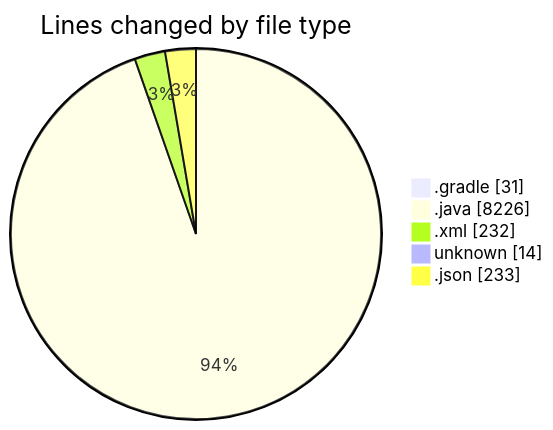
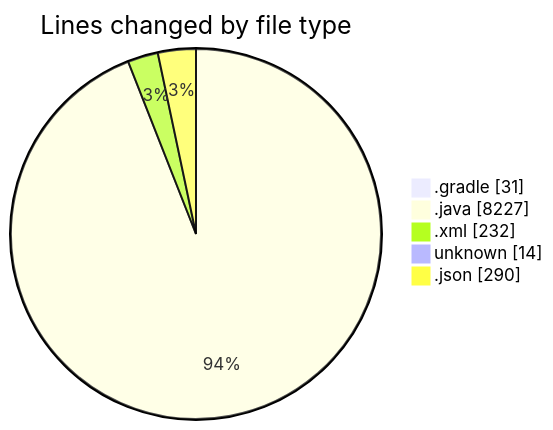
The first of 2 diagrams in 2025-02-21/micros/README.md (charlie-sans/code-tracking), drawn with Mermaid before and after one commit. The commit also changed other lines of this file and 1 other file, not shown here.

````diff
--- a/2025-02-21/micros/README.md
+++ b/2025-02-21/micros/README.md
@@ -64,9 +65,9 @@
 ```mermaid
 pie showData
 title Lines changed by file type
 ".gradle" : 31
-".java" : 8226
+".java" : 8227
 ".xml" : 232
 "unknown" : 14
-".json" : 233
+".json" : 290
 ```
````
